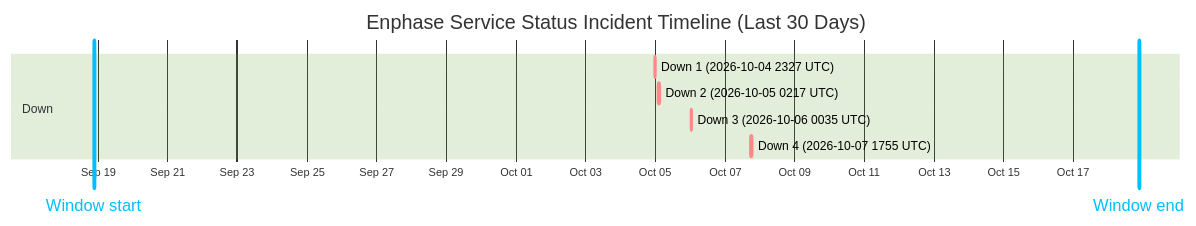
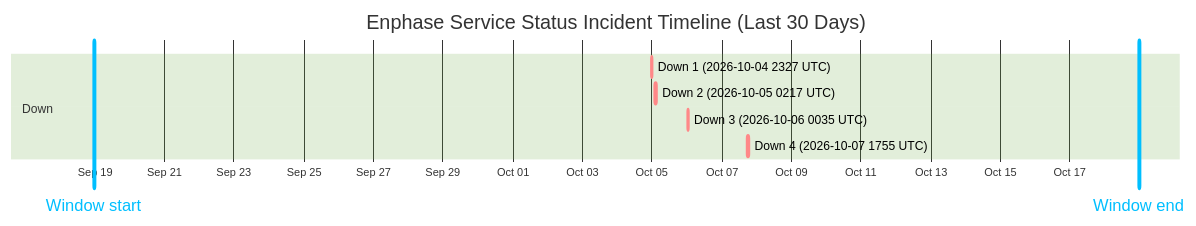
Before and after one commit to barneyonline/ha-enphase-energy: the diagram in wiki/Service-Status-History.md, drawn with Mermaid (forest theme). The commit also changed other lines of this file and 3 other files, not shown here.

````diff
--- a/wiki/Service-Status-History.md
+++ b/wiki/Service-Status-History.md
@@ -14,13 +14,13 @@
 ```mermaid
 gantt
     title Enphase Service Status Incident Timeline (Last 30 Days)
     dateFormat  YYYY-MM-DDTHH:mm:ss
     axisFormat  %b %d
-    Window start :vert, window-start, 2026-09-18T21:15:47, 0ms
-    Window end :vert, window-end, 2026-10-18T21:15:47, 0ms
+    Window start :vert, window-start, 2026-09-18T23:29:06, 0ms
+    Window end :vert, window-end, 2026-10-18T23:29:06, 0ms
     section Down
     Down 1 (2026-10-04 2327 UTC) :crit, down-1, 2026-10-04T23:27:34, 60m
     Down 2 (2026-10-05 0217 UTC) :crit, down-2, 2026-10-05T02:17:30, 60m
     Down 3 (2026-10-06 0035 UTC) :crit, down-3, 2026-10-06T00:35:21, 60m
     Down 4 (2026-10-07 1755 UTC) :crit, down-4, 2026-10-07T17:55:16, 60m
 ```
````
